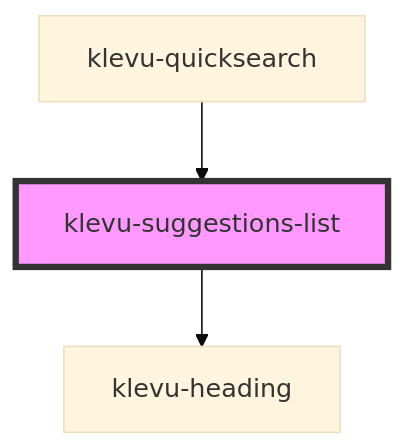
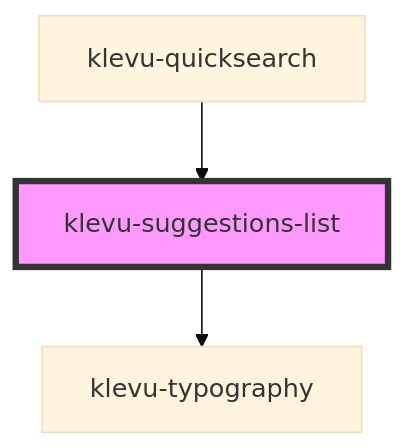
One commit to klevultd/frontend-sdk changed the diagram in packages/klevu-ui/src/components/klevu-suggestions-list/readme.md. Above: the diagram before and after it, drawn with Mermaid (base theme). The commit also changed other lines of this file and 39 other files, not shown here.

Commit message:
change heading to typography and create system

````diff
--- a/packages/klevu-ui/src/components/klevu-suggestions-list/readme.md
+++ b/packages/klevu-ui/src/components/klevu-suggestions-list/readme.md
@@ -36,6 +36,6 @@
 ```mermaid
 graph TD;
-  klevu-suggestions-list --> klevu-heading
+  klevu-suggestions-list --> klevu-typography
   klevu-quicksearch --> klevu-suggestions-list
   style klevu-suggestions-list fill:#f9f,stroke:#333,stroke-width:4px
 ```
````
